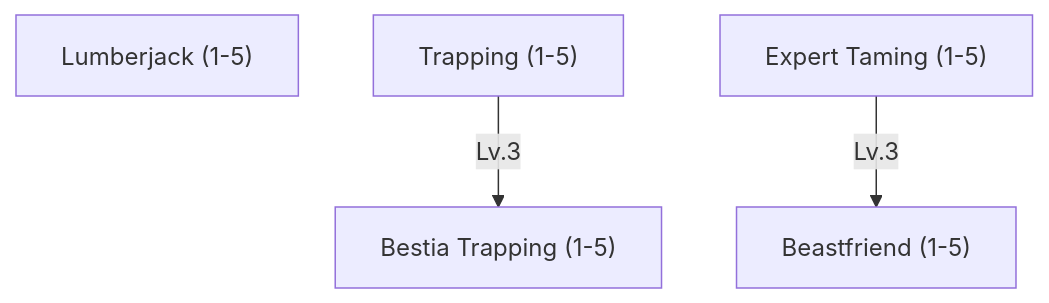
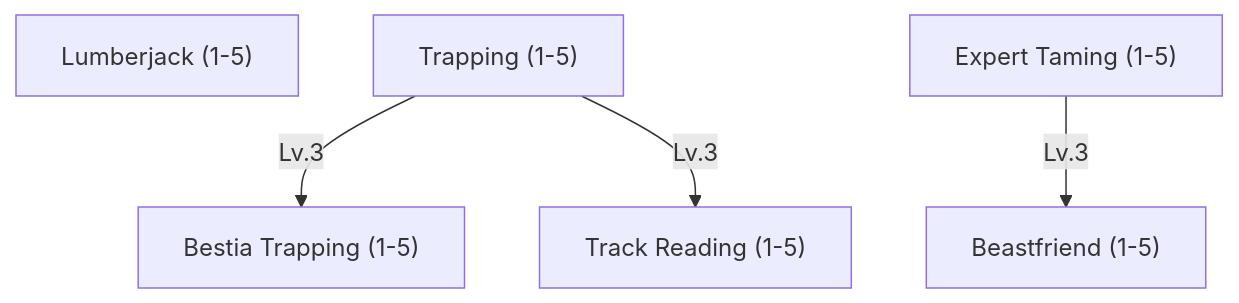
One commit to tfelix/bestia-docs changed the seventh of 16 diagrams in content/docs/mechanics/master.md. Above: the diagram before and after it, drawn with Mermaid. The commit also changed other lines of this file and 3 other files, not shown here.

````diff
--- a/content/docs/mechanics/master.md
+++ b/content/docs/mechanics/master.md
@@ -581,11 +597,13 @@
 ```mermaid
 graph TD
     Lumberjack["Lumberjack (1-5)"]
     Trapping["Trapping (1-5)"]
+    TrackReading["Track Reading (1-5)"]
     BestiaTrapping["Bestia Trapping (1-5)"]
     ExpertTaming["Expert Taming (1-5)"]
     Beastfriend["Beastfriend (1-5)"]
 
     Trapping -->|Lv.3| BestiaTrapping
+    Trapping -->|Lv.3| TrackReading
     ExpertTaming -->|Lv.3| Beastfriend
 ```
````
